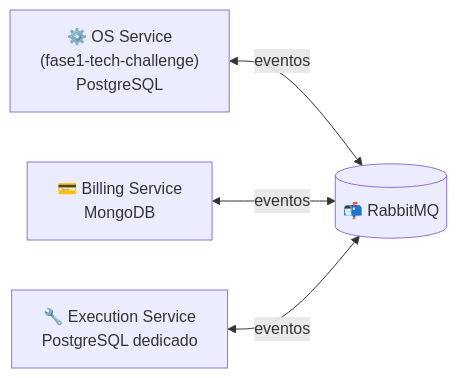
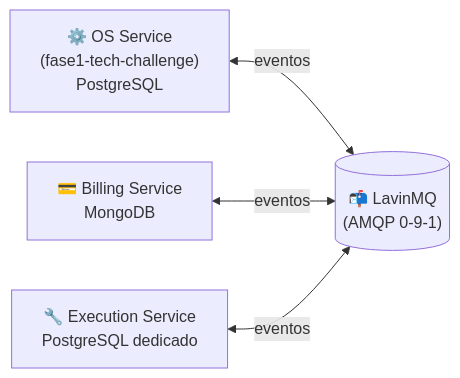
Before and after one commit to SOAT-FIAP-2026/execution-service: the first of 2 diagrams in README.md, drawn with Mermaid. The commit also changed other lines of this file and 9 other files, not shown here.

Commit message:
refactor: replace RabbitMQ with LavinMQ and add automatic database migration on startup

````diff
--- a/README.md
+++ b/README.md
@@ -15,11 +15,11 @@
 ```mermaid
 flowchart LR
     OS["⚙️ OS Service<br/>(fase1-tech-challenge)<br/>PostgreSQL"]
     BILL["💳 Billing Service<br/>MongoDB"]
     EXEC["🔧 Execution Service<br/>PostgreSQL dedicado"]
-    BUS[("📬 RabbitMQ")]
+    BUS[("📬 LavinMQ<br/>(AMQP 0-9-1)")]
 
     OS <-->|eventos| BUS
     BILL <-->|eventos| BUS
     EXEC <-->|eventos| BUS
 ```
````
